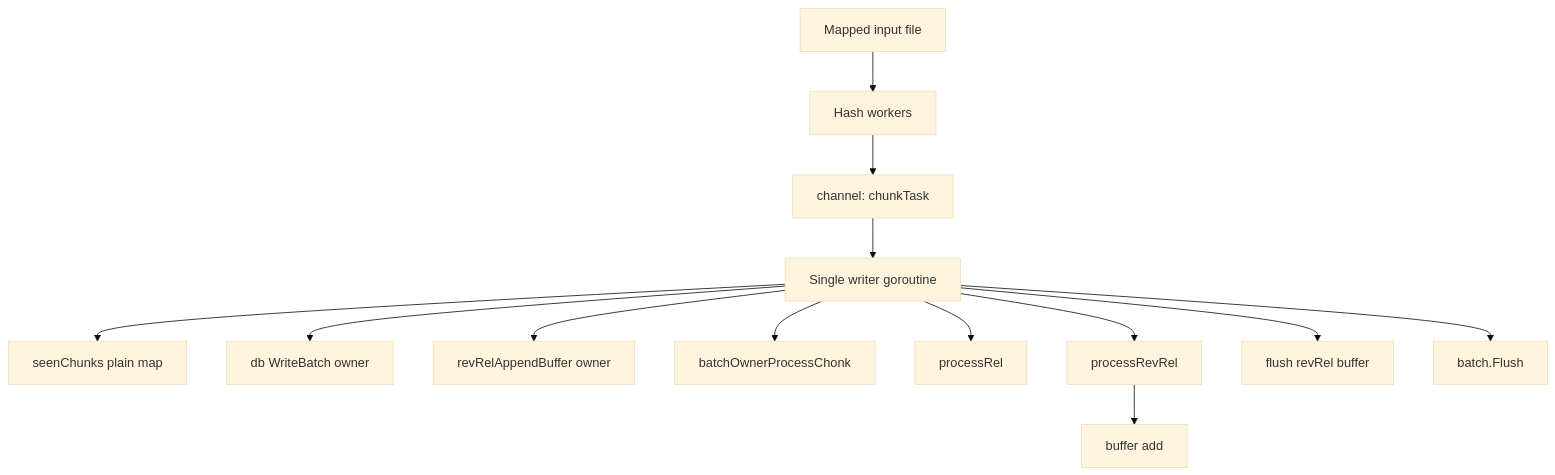
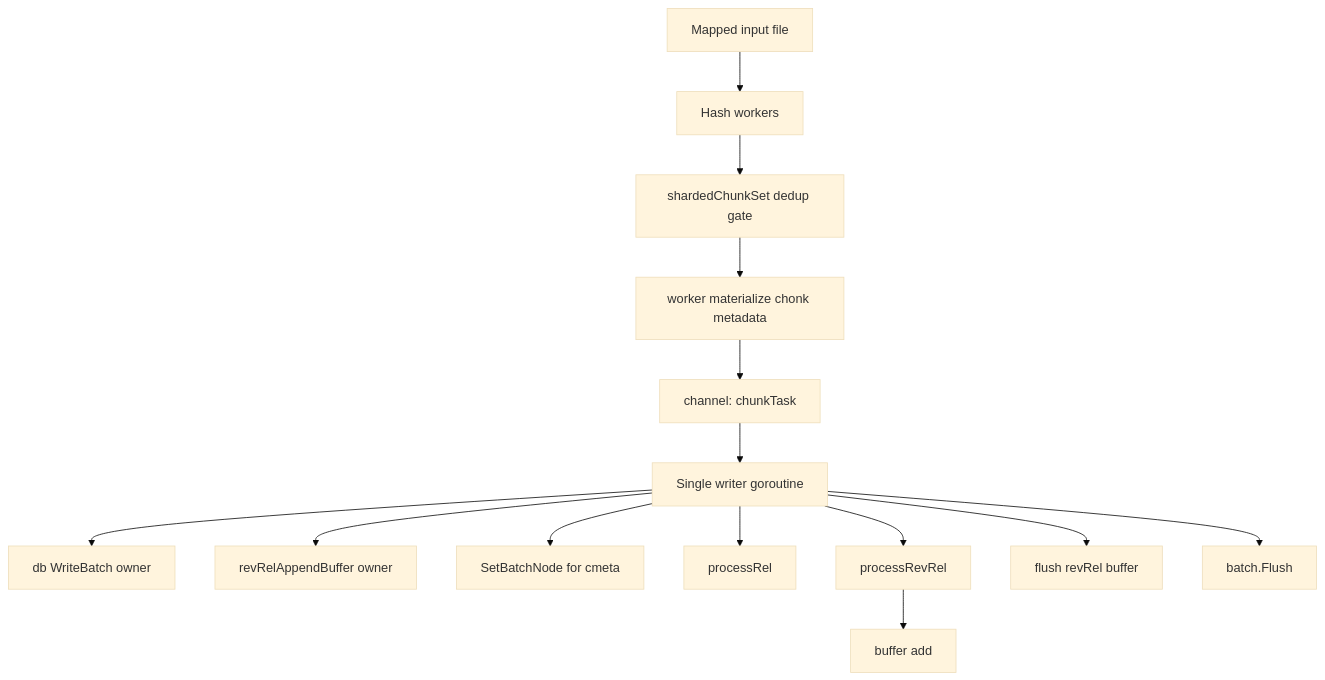
One commit to aoiflux/indicer changed the fifth of 7 diagrams in STORE_LLD.md. Above: the diagram before and after it, drawn with Mermaid (base theme). The commit also changed other lines of this file and 11 other files, not shown here.

````diff
--- a/STORE_LLD.md
+++ b/STORE_LLD.md
@@ -263,17 +263,17 @@
 ```mermaid
 flowchart TD
     A[Mapped input file] --> B[Hash workers]
-    B --> C[channel: chunkTask]
-    C --> D[Single writer goroutine]
+  B --> C[shardedChunkSet dedup gate]
+  C --> D[worker materialize chonk metadata]
+  D --> E[channel: chunkTask]
+  E --> F[Single writer goroutine]
 
-    D --> E[seenChunks plain map]
-    D --> F[db WriteBatch owner]
-    D --> G[revRelAppendBuffer owner]
-
-    D --> H[batchOwnerProcessChonk]
-    D --> I[processRel]
-    D --> J[processRevRel]
-    J --> K[buffer add]
-    D --> L[flush revRel buffer]
-    D --> M[batch.Flush]
+  F --> G[db WriteBatch owner]
+  F --> H[revRelAppendBuffer owner]
+  F --> I[SetBatchNode for cmeta]
+  F --> J[processRel]
+  F --> K[processRevRel]
+  K --> L[buffer add]
+  F --> M[flush revRel buffer]
+  F --> N[batch.Flush]
 ```
````
